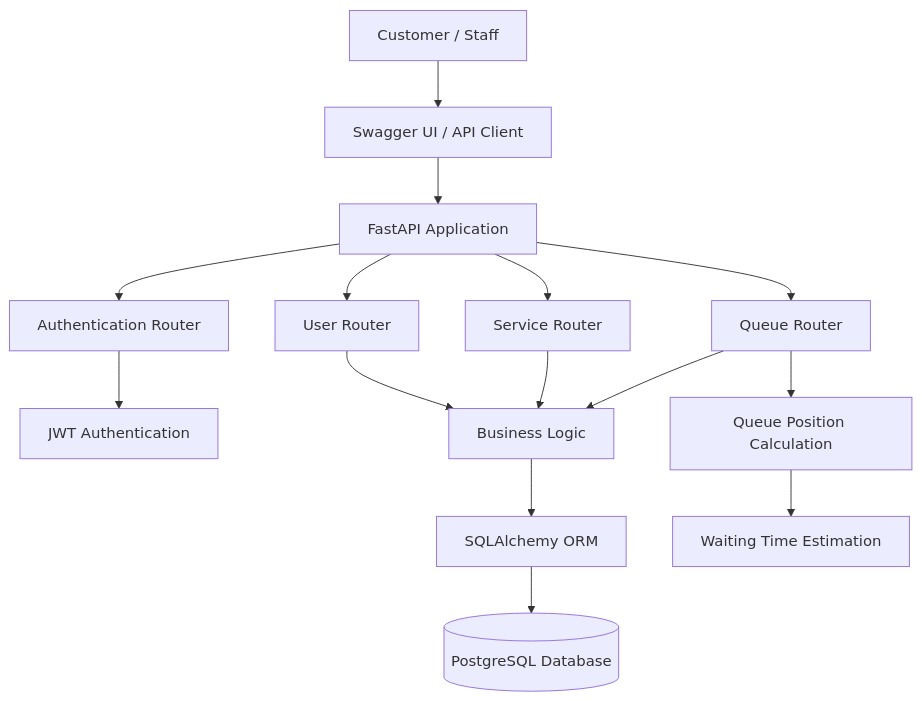
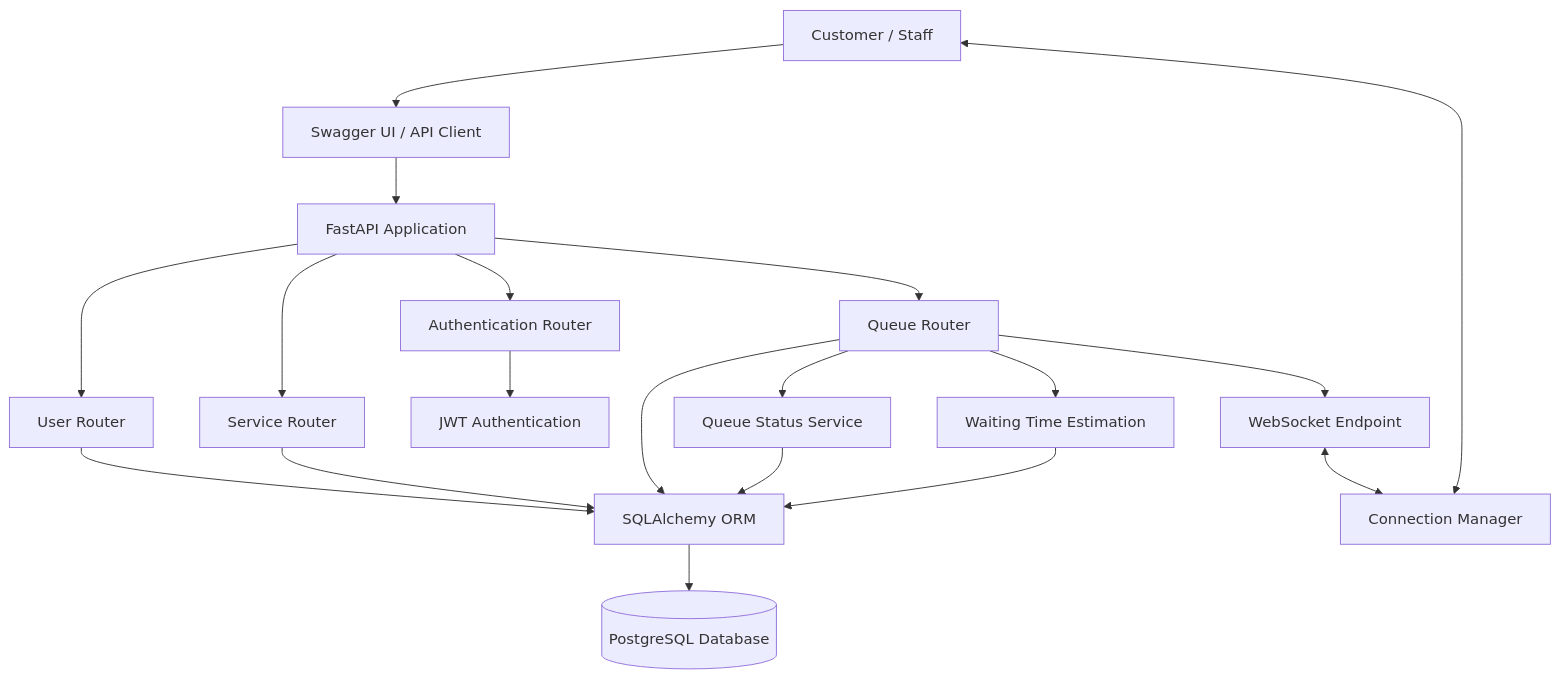
One commit to GangotriTadiboina/QueueLess changed the diagram in README.md. Above: the diagram before and after it, drawn with Mermaid. The commit also changed other lines of this file, not shown here.

````diff
--- a/README.md
+++ b/README.md
@@ -49,21 +51,27 @@
 ```mermaid
 flowchart TD
-    A[Customer / Staff] --> B[Swagger UI / API Client]
-    B --> C[FastAPI Application]
+    A["Customer / Staff"] --> B["Swagger UI / API Client"]
+    B --> C["FastAPI Application"]
 
-    C --> D[Authentication Router]
-    C --> E[User Router]
-    C --> F[Service Router]
-    C --> G[Queue Router]
+    C --> D["Authentication Router"]
+    C --> E["User Router"]
+    C --> F["Service Router"]
+    C --> G["Queue Router"]
 
-    D --> H[JWT Authentication]
-    E --> I[Business Logic]
+    D --> H["JWT Authentication"]
+
+    E --> I["SQLAlchemy ORM"]
     F --> I
     G --> I
 
-    I --> J[SQLAlchemy ORM]
-    J --> K[(PostgreSQL Database)]
+    G --> J["Queue Status Service"]
+    G --> K["Waiting Time Estimation"]
 
-    G --> L[Queue Position Calculation]
-    L --> M[Waiting Time Estimation]
+    J --> I
+    K --> I
+    I --> L[("PostgreSQL Database")]
+
+    G --> M["WebSocket Endpoint"]
+    M <--> N["Connection Manager"]
+    N <--> A
 ```
````
